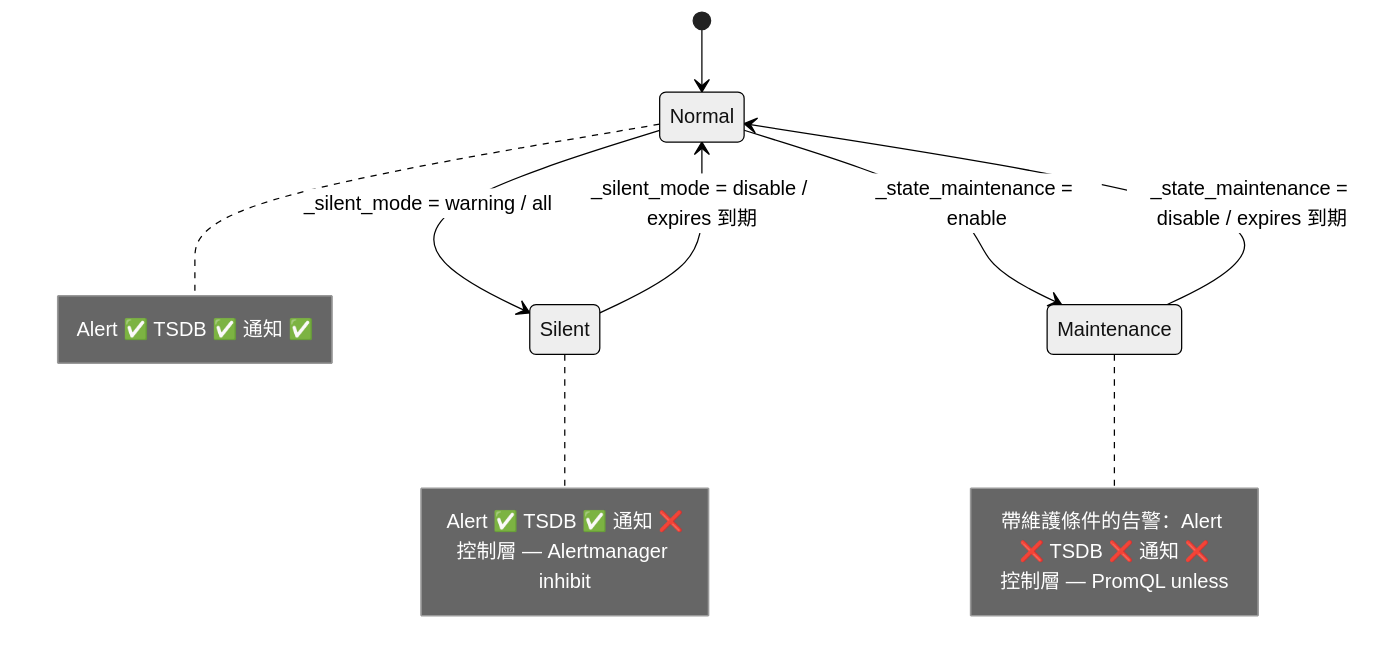
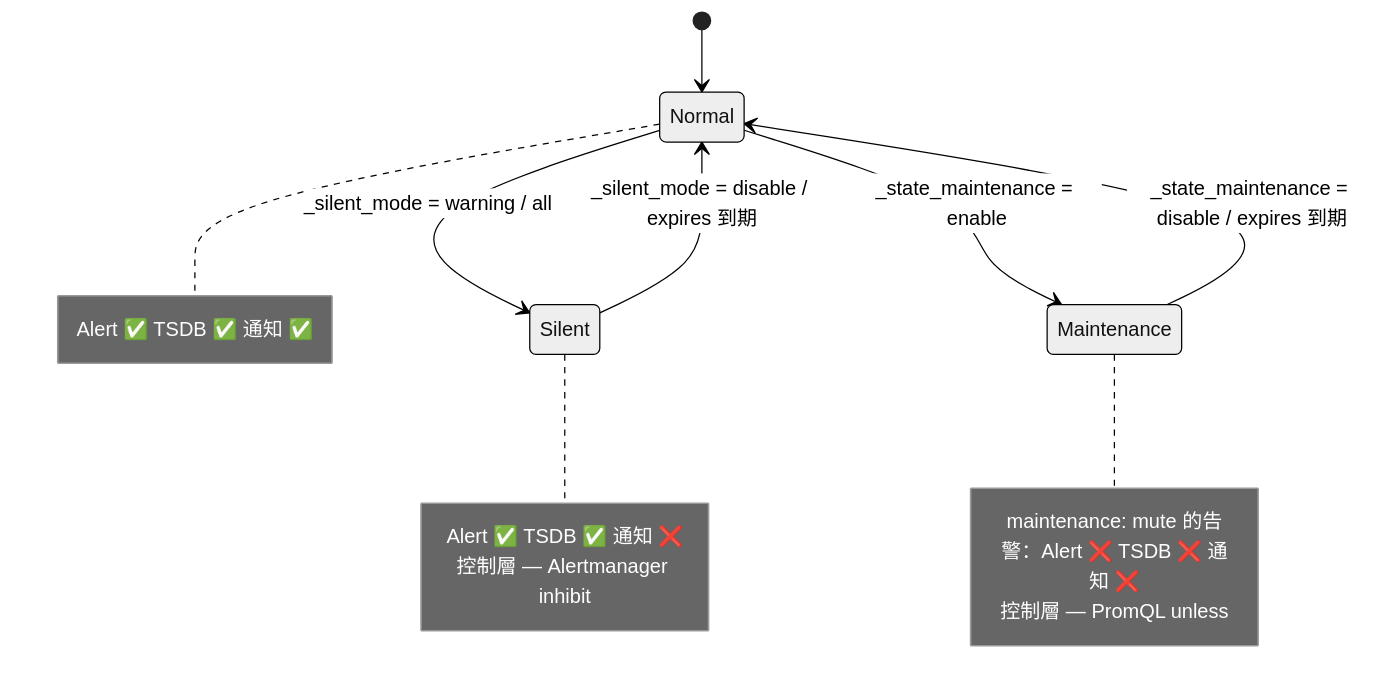
Before and after one commit to vencil/Dynamic-Alerting-Integrations: the second of 3 diagrams in docs/design/config-driven.md, drawn with Mermaid (neutral theme). The commit also changed other lines of this file and 85 other files, not shown here.

First line of the commit message:
feat(rule-packs)!: 維護期間要不要擋改由 `maintenance: mute|page` label 決定，維護條件由生成器寫入（#3309）

````diff
--- a/docs/design/config-driven.md
+++ b/docs/design/config-driven.md
@@ -470,20 +470,20 @@
 ```mermaid
 stateDiagram-v2
     [*] --> Normal
     Normal --> Silent : _silent_mode = warning / all
     Normal --> Maintenance : _state_maintenance = enable
     Silent --> Normal : _silent_mode = disable / expires 到期
     Maintenance --> Normal : _state_maintenance = disable / expires 到期
 
     note right of Normal
         Alert ✅ TSDB ✅ 通知 ✅
     end note
     note right of Silent
         Alert ✅ TSDB ✅ 通知 ❌
         控制層 — Alertmanager inhibit
     end note
     note right of Maintenance
-        帶維護條件的告警：Alert ❌ TSDB ❌ 通知 ❌
+        maintenance: mute 的告警：Alert ❌ TSDB ❌ 通知 ❌
         控制層 — PromQL unless
     end note
 ```
````
